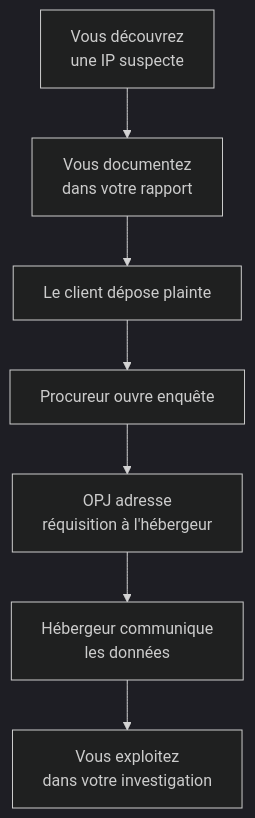
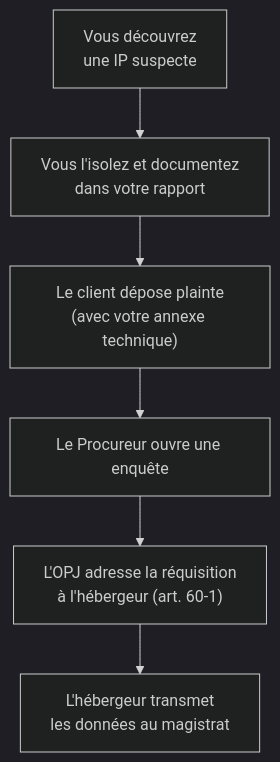
One commit to zyrass/omnydocs changed the seventh of 7 diagrams in docs/cursus-forensic/01-cycle-0-fondations/module-1-legislation/05-lcen-2004.md. Above: the diagram before and after it, drawn with Mermaid (dark theme). The commit also changed other lines of this file and 171 other files, not shown here.

````diff
--- a/docs/cursus-forensic/01-cycle-0-fondations/module-1-legislation/05-lcen-2004.md
+++ b/docs/cursus-forensic/01-cycle-0-fondations/module-1-legislation/05-lcen-2004.md
@@ -327,9 +348,8 @@
 ```mermaid
 flowchart TB
-    A[Vous découvrez<br>une IP suspecte] --> B[Vous documentez<br>dans votre rapport]
-    B --> C[Le client dépose plainte]
-    C --> D[Procureur ouvre enquête]
-    D --> E[OPJ adresse<br>réquisition à l'hébergeur]
-    E --> F[Hébergeur communique<br>les données]
-    F --> G[Vous exploitez<br>dans votre investigation]
+    A["Vous découvrez<br>une IP suspecte"] --> B["Vous l'isolez et documentez<br>dans votre rapport"]
+    B --> C["Le client dépose plainte<br>(avec votre annexe technique)"]
+    C --> D["Le Procureur ouvre une enquête"]
+    D --> E["L'OPJ adresse la réquisition<br>à l'hébergeur (art. 60-1)"]
+    E --> F["L'hébergeur transmet<br>les données au magistrat"]
 ```
````
